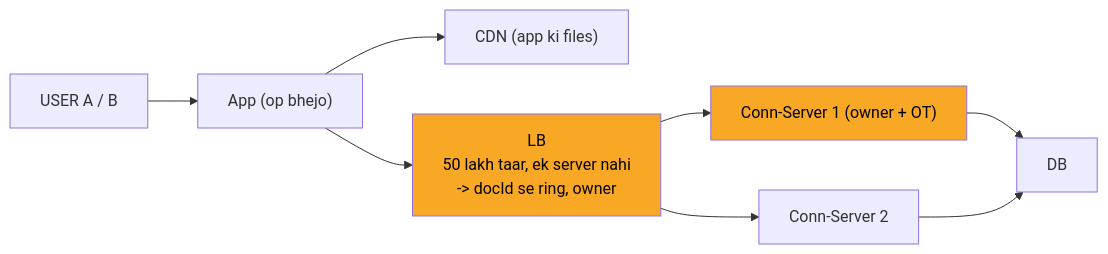
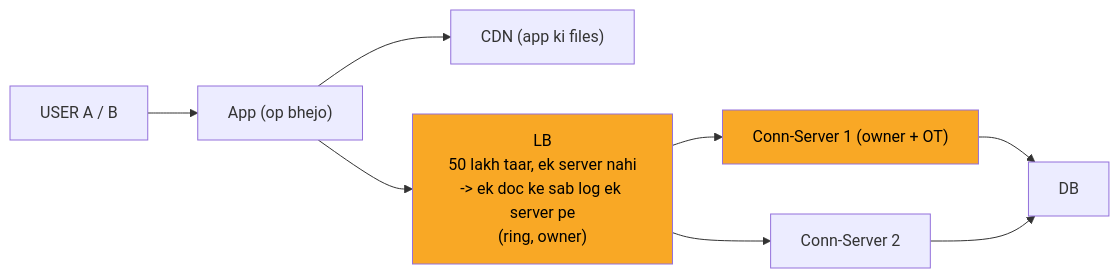
The fifth of 10 diagrams in 04_HLD/SYSTEM_DESIGNS/11_google_docs_collab/11_google_docs_collab.md (ArpanMaheshwari144/Prep), drawn with Mermaid before and after one commit. The commit also changed other lines of this file and 13 other files, not shown here.

````diff
--- a/04_HLD/SYSTEM_DESIGNS/11_google_docs_collab/11_google_docs_collab.md
+++ b/04_HLD/SYSTEM_DESIGNS/11_google_docs_collab/11_google_docs_collab.md
@@ -157,19 +157,19 @@
 ```mermaid
 flowchart LR
     n_USER["USER A / B"]
     n_App["App (op bhejo)"]
     n_CDN["CDN (app ki files)"]
-    n_LB["LB<br/>50 lakh taar, ek server nahi<br/>-> docId se ring, owner"]
+    n_LB["LB<br/>50 lakh taar, ek server nahi<br/>-> ek doc ke sab log ek server pe<br/>(ring, owner)"]
     n_CS1["Conn-Server 1 (owner + OT)"]
     n_CS2["Conn-Server 2"]
     n_DB["DB"]
     n_USER --> n_App
     n_App --> n_CDN
     n_App --> n_LB
     n_LB --> n_CS1
     n_LB --> n_CS2
     n_CS1 --> n_DB
     n_CS2 --> n_DB
     style n_LB fill:#f9a825,color:#000
     style n_CS1 fill:#f9a825,color:#000
 ```
````
